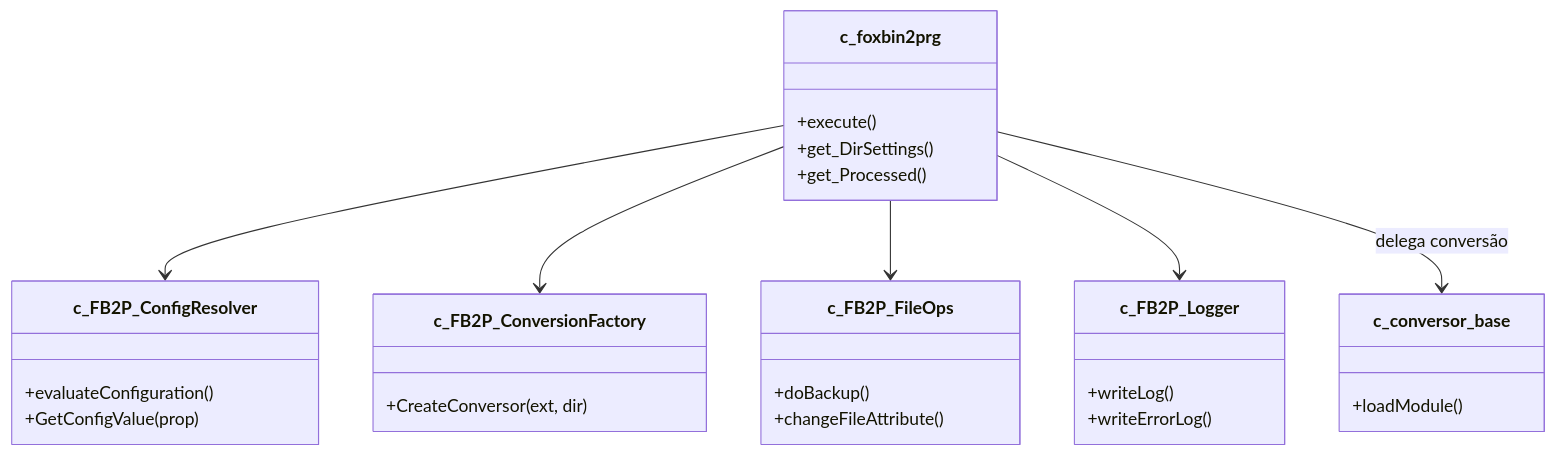
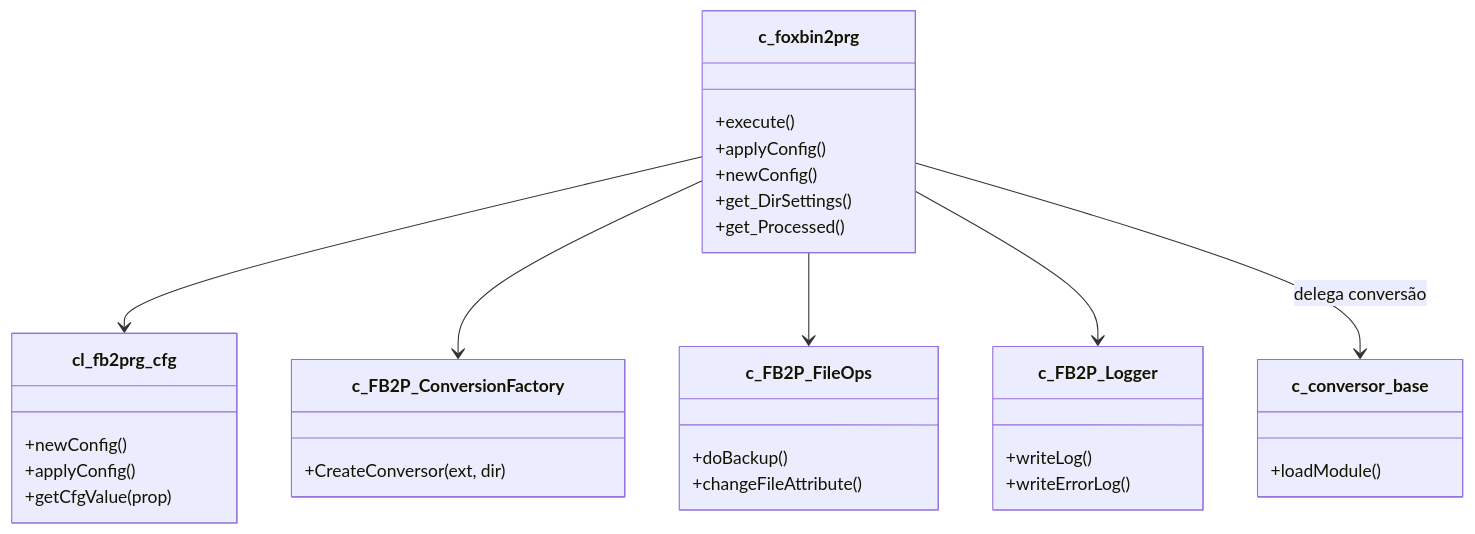
Before and after one commit to lkmatsumura/foxbin2prg: the second of 2 diagrams in docs/c_foxbin2prg_ClassAnalysis.md, drawn with Mermaid. The commit also changed other lines of this file and 12 other files, not shown here.

````diff
--- a/docs/c_foxbin2prg_ClassAnalysis.md
+++ b/docs/c_foxbin2prg_ClassAnalysis.md
@@ -412,32 +404,35 @@
 ```mermaid
 classDiagram
     class c_foxbin2prg {
         +execute()
+        +applyConfig()
+        +newConfig()
         +get_DirSettings()
         +get_Processed()
     }
-    class c_FB2P_ConfigResolver {
-        +evaluateConfiguration()
-        +GetConfigValue(prop)
+    class cl_fb2prg_cfg {
+        +newConfig()
+        +applyConfig()
+        +getCfgValue(prop)
     }
     class c_FB2P_ConversionFactory {
         +CreateConversor(ext, dir)
     }
     class c_FB2P_FileOps {
         +doBackup()
         +changeFileAttribute()
     }
     class c_FB2P_Logger {
         +writeLog()
         +writeErrorLog()
     }
     class c_conversor_base {
         +loadModule()
     }
 
-    c_foxbin2prg --> c_FB2P_ConfigResolver
+    c_foxbin2prg --> cl_fb2prg_cfg
     c_foxbin2prg --> c_FB2P_ConversionFactory
     c_foxbin2prg --> c_FB2P_FileOps
     c_foxbin2prg --> c_FB2P_Logger
     c_foxbin2prg --> c_conversor_base : delega conversão
 ```
````
